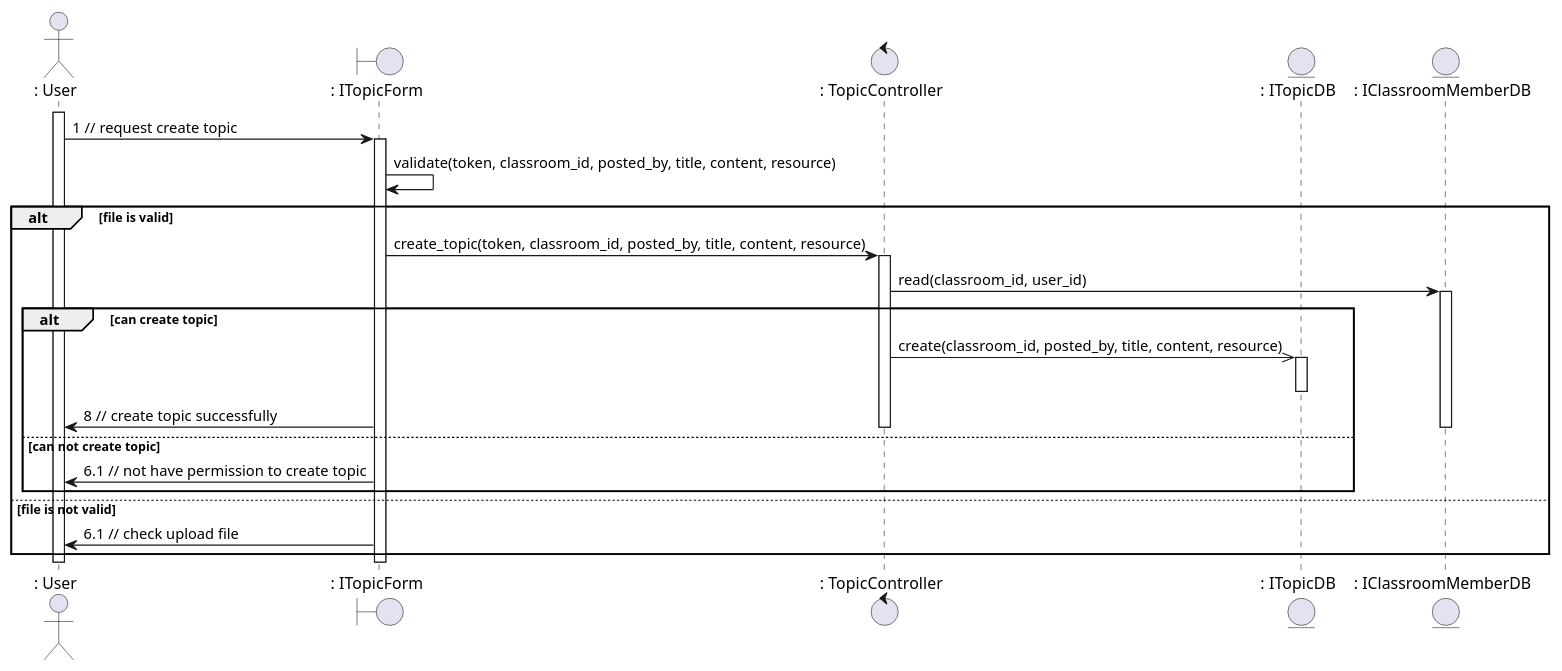
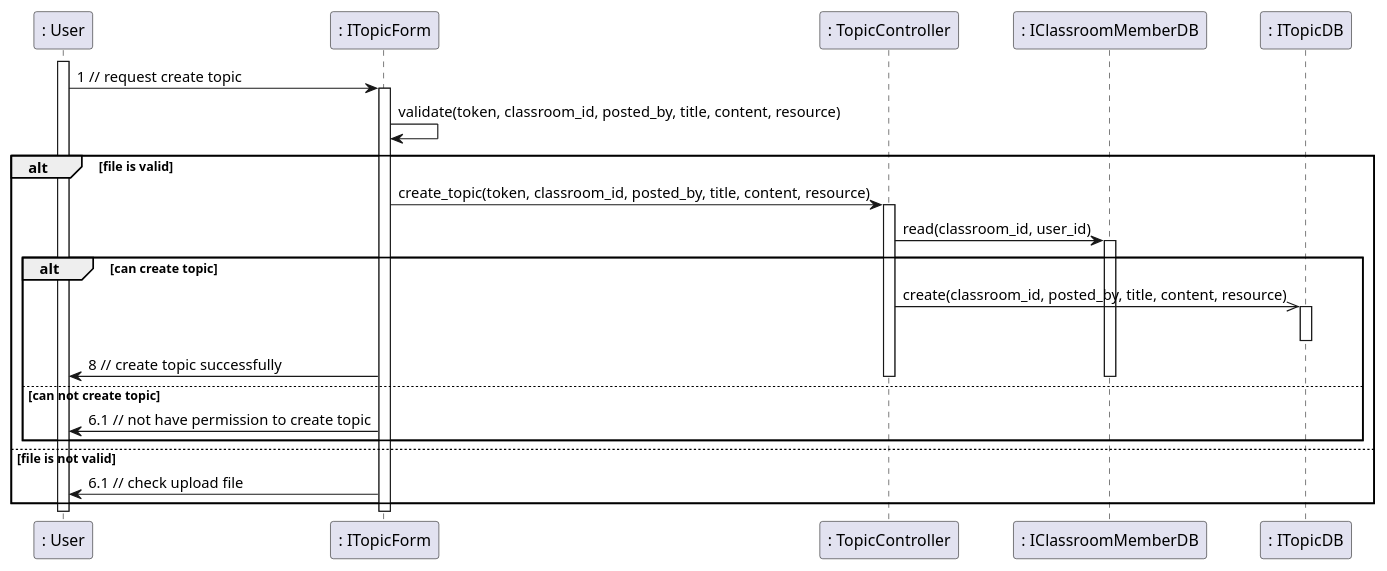
One commit to anonyhostvn/OOAD-Diagram changed the diagram in sequence - design/topic/createTopic.plantuml. Above: the diagram before and after it, drawn with PlantUML. The commit also changed 10 other files, not shown here.

```diff
--- a/sequence - design/topic/createTopic.plantuml
+++ b/sequence - design/topic/createTopic.plantuml
@@ -1,38 +1,31 @@
 @startuml createTopic
-
-actor ": User"
-boundary ": ITopicForm"
-control ": TopicController"
-entity ": ITopicDB"
-entity ": IClassroomMemberDB"
-
 activate ": User"
 
 ": User" -> ": ITopicForm": 1 // request create topic 
 activate ": ITopicForm"
 ": ITopicForm" -> ": ITopicForm": validate(token, classroom_id, posted_by, title, content, resource)
 alt file is valid
     ": ITopicForm" -> ": TopicController": create_topic(token, classroom_id, posted_by, title, content, resource)
     activate ": TopicController"
     ": TopicController" -> ": IClassroomMemberDB": read(classroom_id, user_id)
     activate ": IClassroomMemberDB"
     alt can create topic
         ": TopicController" ->> ": ITopicDB": create(classroom_id, posted_by, title, content, resource)
         activate ": ITopicDB"
         deactivate ": ITopicDB"
         ": ITopicForm" -> ": User": 8 // create topic successfully
     else can not create topic
         deactivate ": IClassroomMemberDB"
         deactivate ": TopicController"
         ": ITopicForm" -> ": User": 6.1 // not have permission to create topic
     end
 else file is not valid
     ": ITopicForm" -> ": User": 6.1 // check upload file
 end
 
 
 deactivate ": User"
 deactivate ": ITopicForm"
 
 
 @enduml
```
